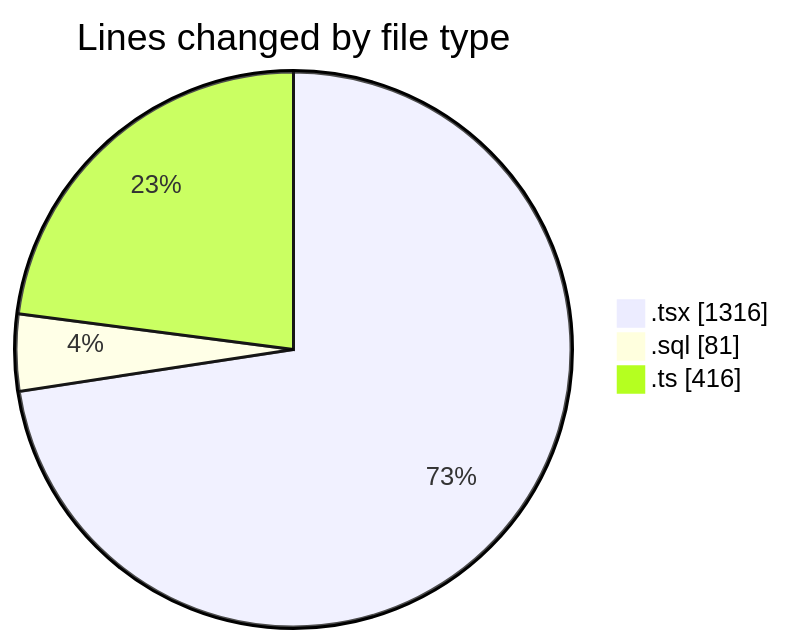
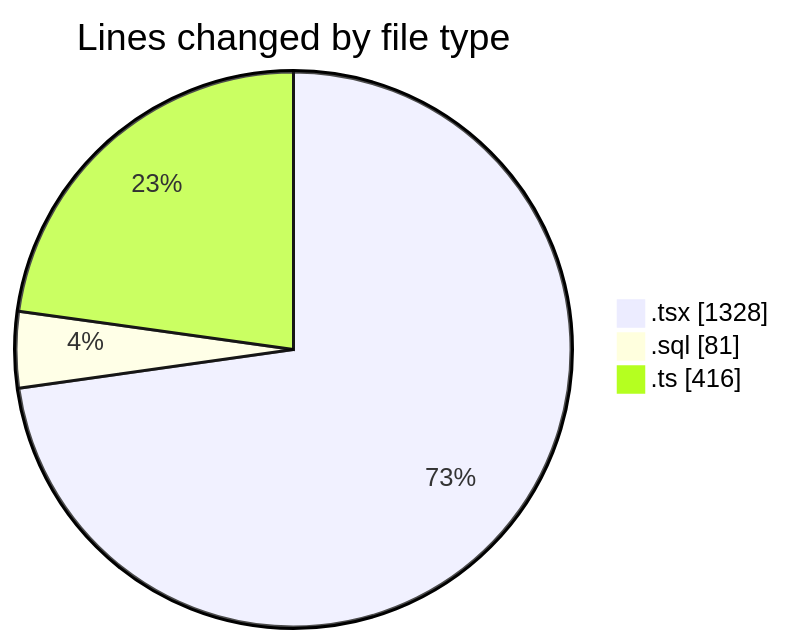
Before and after one commit to lephambinh05/code-tracking: the first of 2 diagrams in 2025-09-09/hiai-phf/README.md, drawn with Mermaid. The commit also changed other lines of this file and 1 other file, not shown here.

````diff
--- a/2025-09-09/hiai-phf/README.md
+++ b/2025-09-09/hiai-phf/README.md
@@ -36,7 +36,7 @@
 ```mermaid
 pie showData
 title Lines changed by file type
-".tsx" : 1316
+".tsx" : 1328
 ".sql" : 81
 ".ts" : 416
 ```
````
